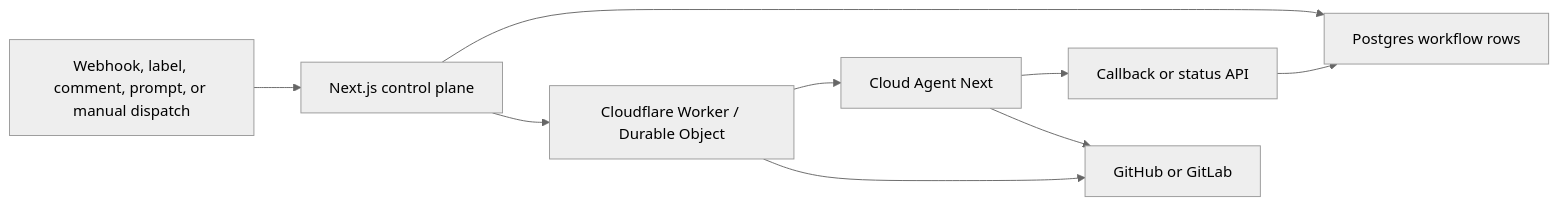
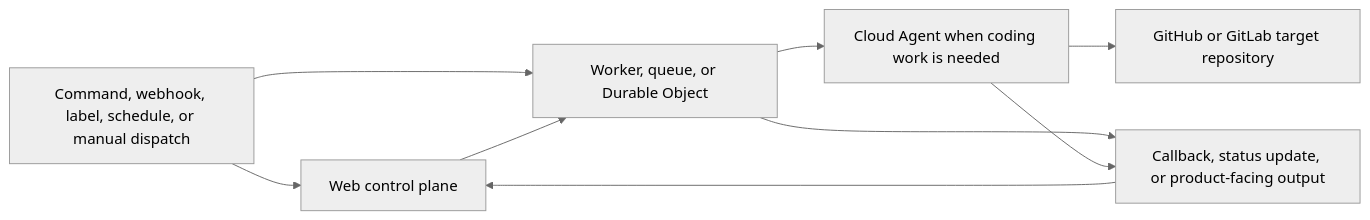
The first of 2 diagrams in packages/kilo-docs/pages/contributing/architecture/automation-services.md (dhs-shine/kilocode), drawn with Mermaid (neutral theme) before and after one commit. The commit also changed other lines of this file and 42 other files, not shown here.

Commit message:
docs(kilo-docs): clarify architecture documentation

````diff
--- a/packages/kilo-docs/pages/contributing/architecture/automation-services.md
+++ b/packages/kilo-docs/pages/contributing/architecture/automation-services.md
@@ -27,19 +35,18 @@
 ```mermaid
 flowchart LR
-  trigger["Webhook, label, comment, prompt, or manual dispatch"]
-  web["Next.js control plane"]
-  db["Postgres workflow rows"]
-  worker["Cloudflare Worker / Durable Object"]
-  agent["Cloud Agent Next"]
-  callback["Callback or status API"]
-  scm["GitHub or GitLab"]
+  trigger["Command, webhook, label, schedule, or manual dispatch"]
+  web["Web control plane"]
+  worker["Worker, queue, or Durable Object"]
+  agent["Cloud Agent when coding work is needed"]
+  output["Callback, status update, or product-facing output"]
+  scm["GitHub or GitLab target repository"]
 
   trigger --> web
-  web --> db
+  trigger --> worker
   web --> worker
   worker --> agent
-  agent --> callback
-  callback --> db
+  worker --> output
   agent --> scm
-  worker --> scm
+  agent --> output
+  output --> web
 ```
````
